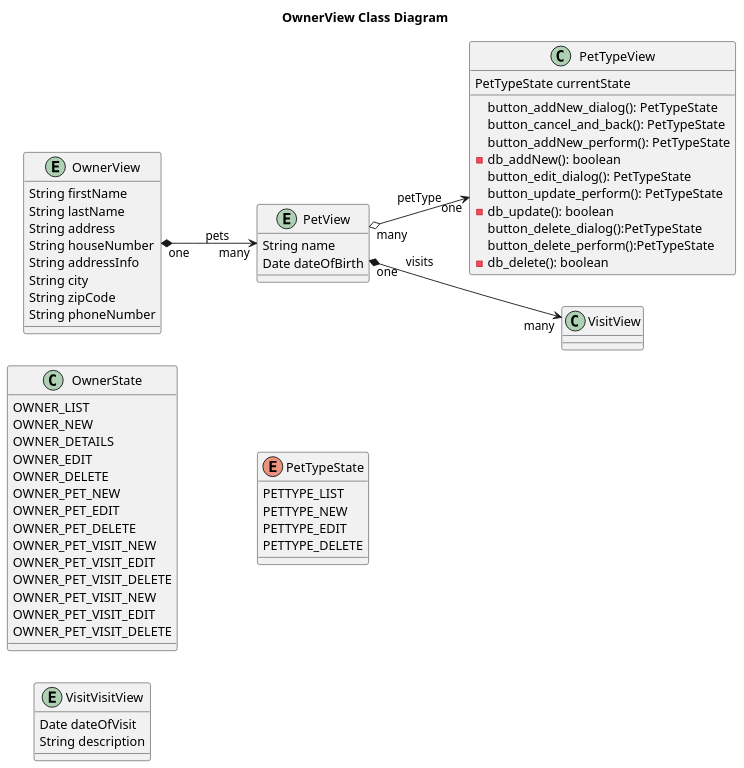
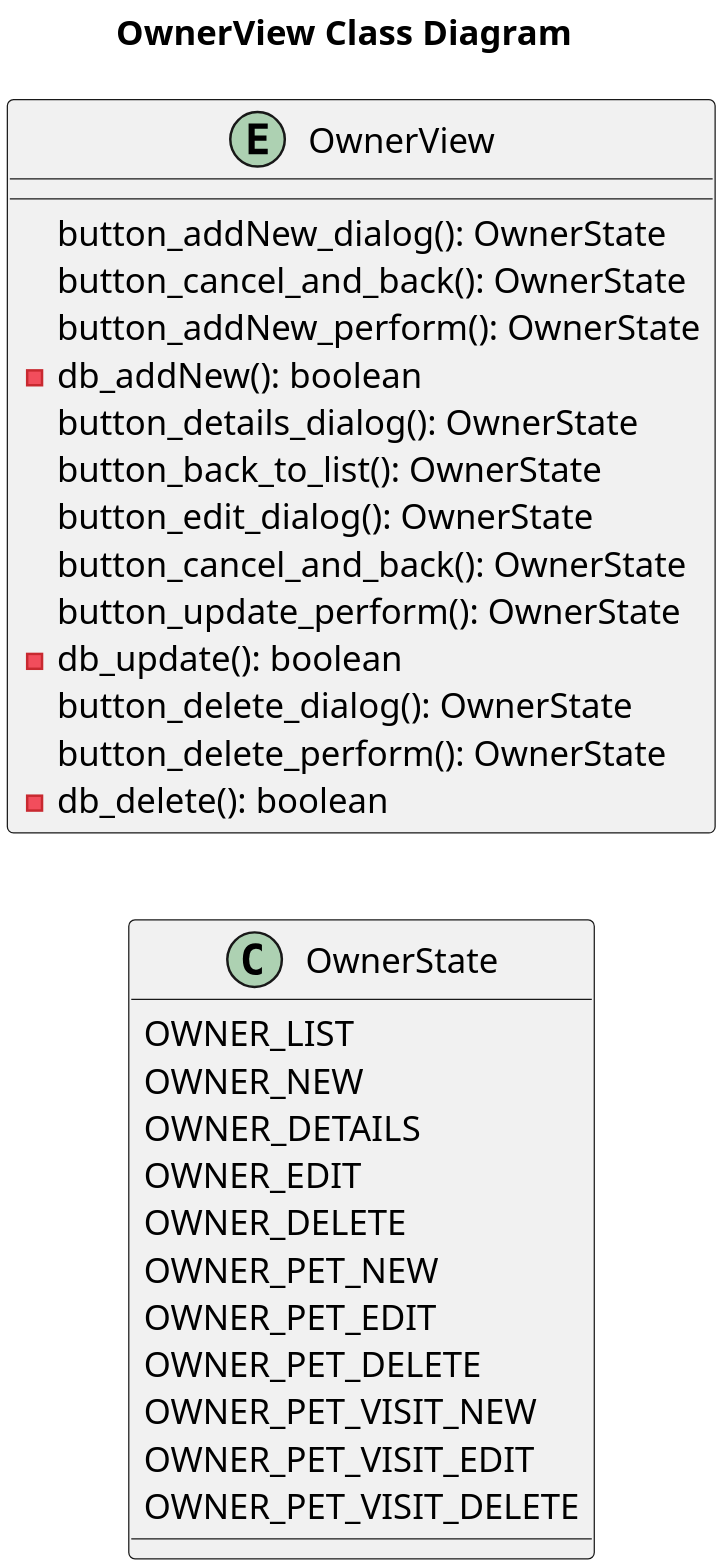
One commit to Jakarta-EE-Petclinic/petclinic-uml changed the diagram in puml/owner/OwnerView__Class.puml. Above: the diagram before and after it, drawn with PlantUML. The commit also changed 2 other files, not shown here.

```diff
--- a/puml/owner/OwnerView__Class.puml
+++ b/puml/owner/OwnerView__Class.puml
@@ -1,76 +1,45 @@
 @startuml
 
 
 title OwnerView Class Diagram
 'https://plantuml.com/class-diagram
 
 left to right direction
 'top to bottom direction
 
 scale 1000 width
 
 
 class OwnerState {
     OWNER_LIST
     OWNER_NEW
     OWNER_DETAILS
     OWNER_EDIT
     OWNER_DELETE
     OWNER_PET_NEW
     OWNER_PET_EDIT
     OWNER_PET_DELETE
     OWNER_PET_VISIT_NEW
     OWNER_PET_VISIT_EDIT
     OWNER_PET_VISIT_DELETE
-    OWNER_PET_VISIT_NEW
-    OWNER_PET_VISIT_EDIT
-    OWNER_PET_VISIT_DELETE
 }
 
 entity OwnerView {
-     String firstName
-     String lastName
-     String address
-     String houseNumber
-     String addressInfo
-     String city
-     String zipCode
-     String phoneNumber
-}
-
-entity PetView {
-    String name
-    Date dateOfBirth
-}
-
-entity VisitVisitView {
-    Date dateOfVisit
-    String description
-}
-
-class PetTypeView {
-    PetTypeState currentState
-    button_addNew_dialog(): PetTypeState
-    button_cancel_and_back(): PetTypeState
-    button_addNew_perform(): PetTypeState
-    - db_addNew(): boolean
-    button_edit_dialog(): PetTypeState
-    button_update_perform(): PetTypeState
+    button_addNew_dialog(): OwnerState
+    button_cancel_and_back(): OwnerState
+    button_addNew_perform(): OwnerState
+    -db_addNew(): boolean
+    button_details_dialog(): OwnerState
+    button_back_to_list(): OwnerState
+    button_edit_dialog(): OwnerState
+    button_cancel_and_back(): OwnerState
+    button_update_perform(): OwnerState
     - db_update(): boolean
-    button_delete_dialog():PetTypeState
-    button_delete_perform():PetTypeState
+    button_delete_dialog(): OwnerState
+    button_delete_perform(): OwnerState
     - db_delete(): boolean
 }
 
-enum PetTypeState {
-    PETTYPE_LIST
-    PETTYPE_NEW
-    PETTYPE_EDIT
-    PETTYPE_DELETE
-}
 
-OwnerView "one"  *--> "many"  PetView: pets
-PetView "one" *--> "many" VisitView: visits
-PetView "many"  o-->  "one" PetTypeView: petType
 
 @enduml
```
